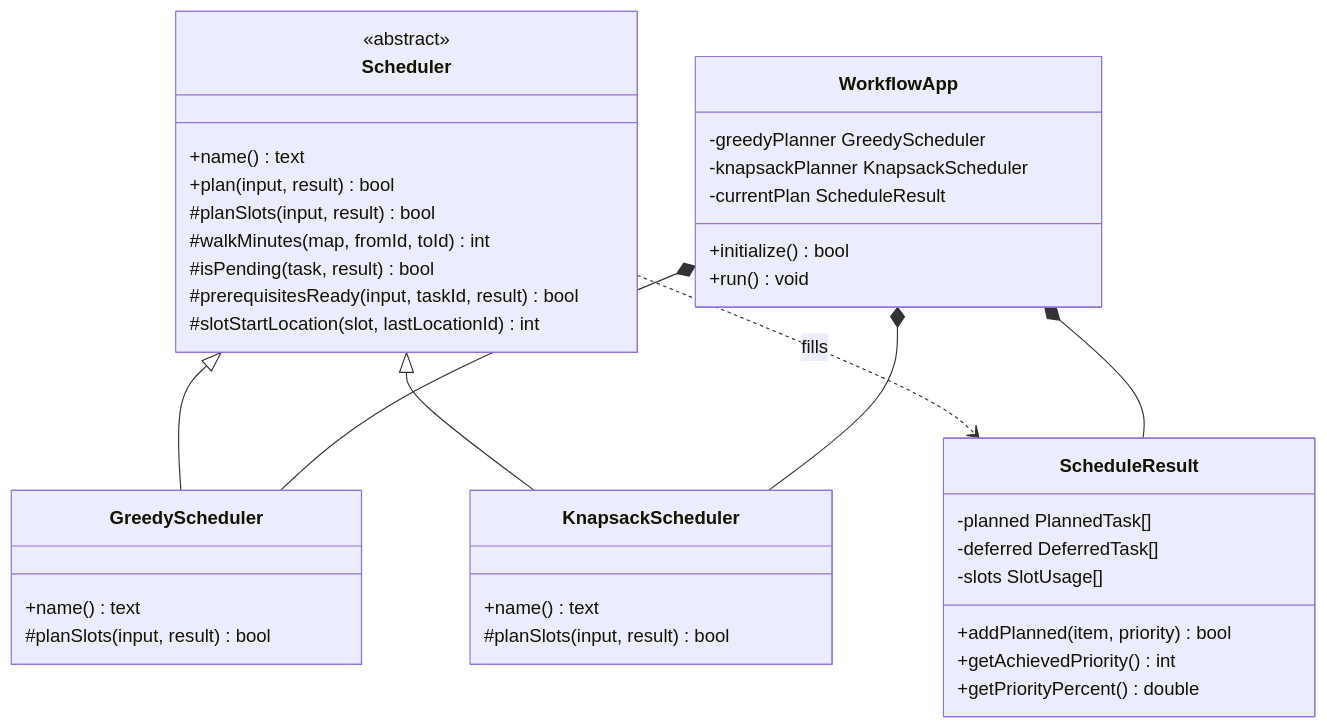
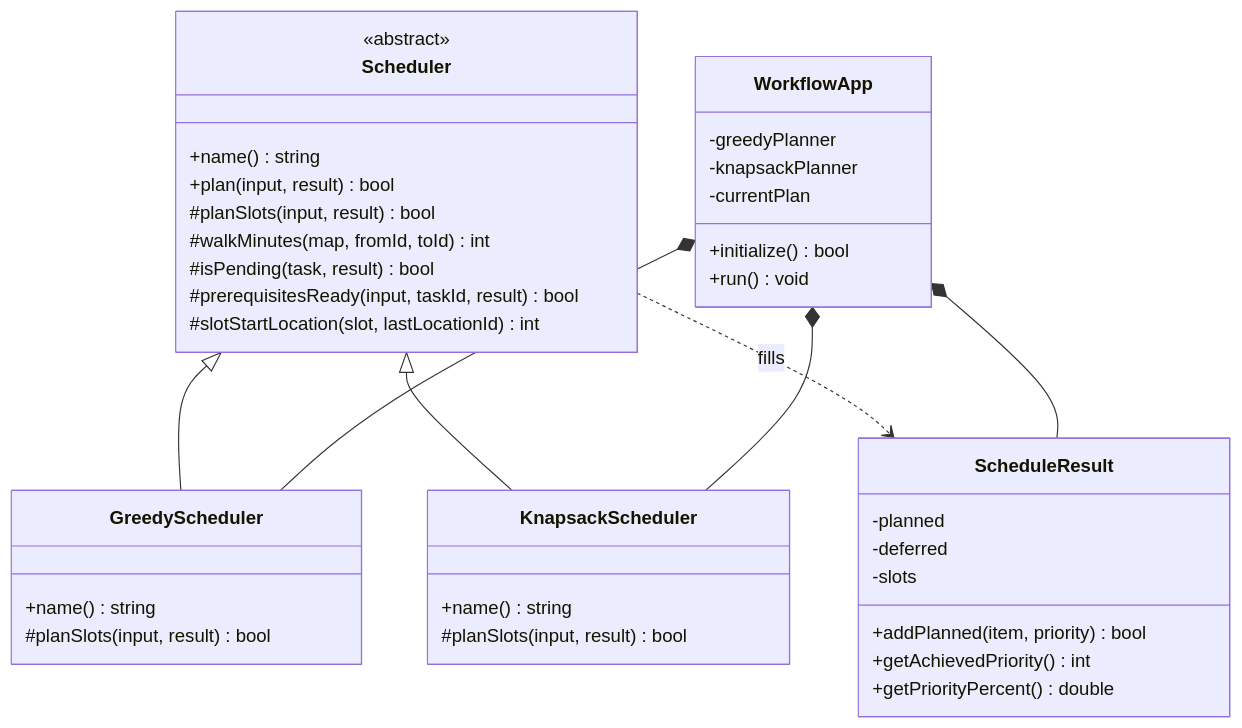
The third of 4 diagrams in README.md (AkhilSemwal/PBL), drawn with Mermaid before and after one commit. The commit also changed other lines of this file, not shown here.

````diff
--- a/README.md
+++ b/README.md
@@ -381,42 +381,42 @@
 ```mermaid
 classDiagram
     class Scheduler {
         <<abstract>>
-        +name() text
+        +name() string
         +plan(input, result) bool
         #planSlots(input, result) bool
         #walkMinutes(map, fromId, toId) int
         #isPending(task, result) bool
         #prerequisitesReady(input, taskId, result) bool
         #slotStartLocation(slot, lastLocationId) int
     }
     class GreedyScheduler {
-        +name() text
+        +name() string
         #planSlots(input, result) bool
     }
     class KnapsackScheduler {
-        +name() text
+        +name() string
         #planSlots(input, result) bool
     }
     class ScheduleResult {
-        -planned PlannedTask[]
-        -deferred DeferredTask[]
-        -slots SlotUsage[]
+        -planned
+        -deferred
+        -slots
         +addPlanned(item, priority) bool
         +getAchievedPriority() int
         +getPriorityPercent() double
     }
     class WorkflowApp {
-        -greedyPlanner GreedyScheduler
-        -knapsackPlanner KnapsackScheduler
-        -currentPlan ScheduleResult
+        -greedyPlanner
+        -knapsackPlanner
+        -currentPlan
         +initialize() bool
         +run() void
     }
     Scheduler <|-- GreedyScheduler
     Scheduler <|-- KnapsackScheduler
     Scheduler ..> ScheduleResult : fills
     WorkflowApp *-- GreedyScheduler
     WorkflowApp *-- KnapsackScheduler
     WorkflowApp *-- ScheduleResult
 ```
````
